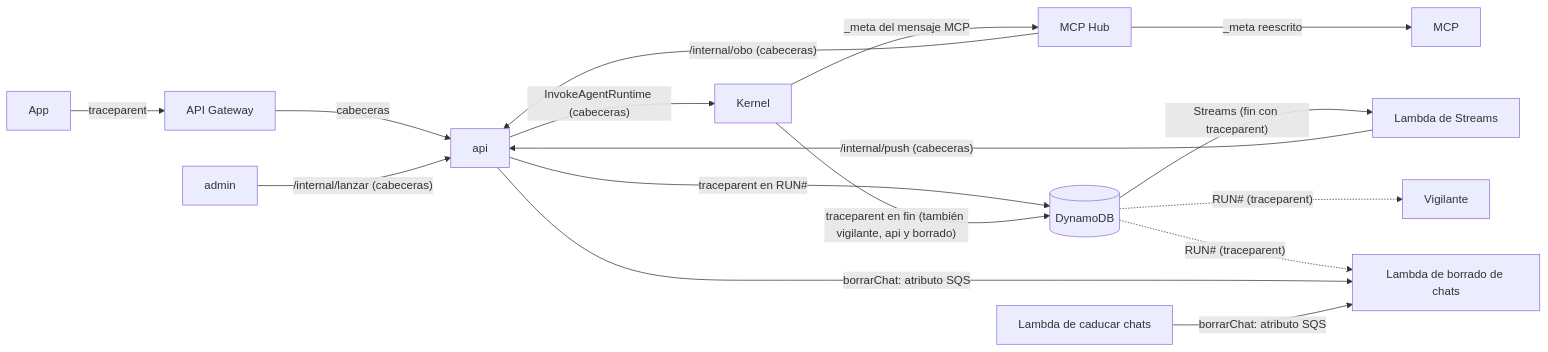
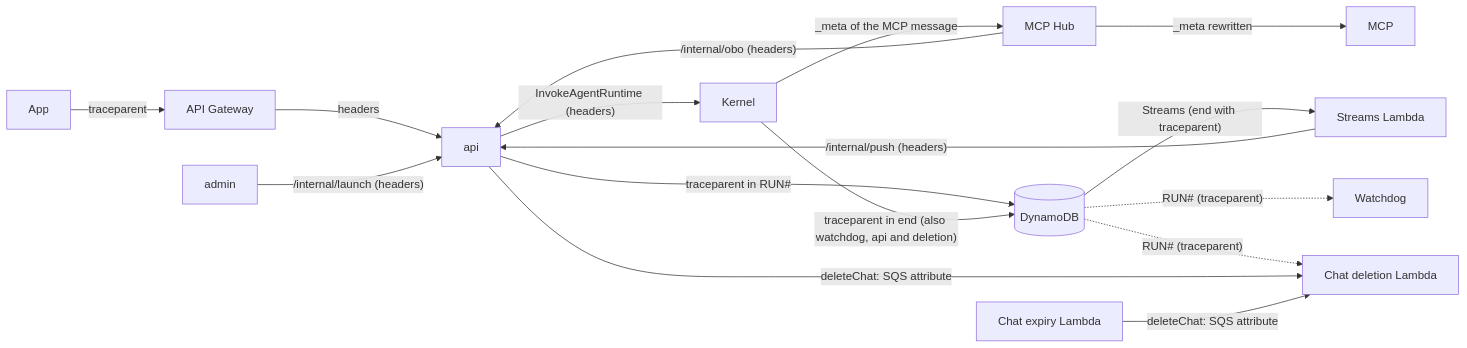
One commit to ikermendi/sample-agent-platform-with-agentcore changed the tenth of 10 diagrams in docs/arquitectura-agentes.md. Above: the diagram before and after it, drawn with Mermaid. The commit also changed other lines of this file and 21 other files, not shown here.

````diff
--- a/docs/arquitectura-agentes.md
+++ b/docs/arquitectura-agentes.md
@@ -1394,17 +1394,17 @@
 ```mermaid
 flowchart LR
   App -- "traceparent" --> GW[API Gateway]
-  GW -- cabeceras --> API[api]
-  API -- "InvokeAgentRuntime (cabeceras)" --> K[Kernel]
-  K -- "_meta del mensaje MCP" --> H[MCP Hub] -- "_meta reescrito" --> M[MCP]
-  API -- "traceparent en RUN#" --> D[(DynamoDB)]
-  K -- "traceparent en fin (también vigilante, api y borrado)" --> D
-  D -- "Streams (fin con traceparent)" --> S[Lambda de Streams]
-  S -- "/internal/push (cabeceras)" --> API
-  D -. "RUN# (traceparent)" .-> V[Vigilante]
+  GW -- headers --> API[api]
+  API -- "InvokeAgentRuntime (headers)" --> K[Kernel]
+  K -- "_meta of the MCP message" --> H[MCP Hub] -- "_meta rewritten" --> M[MCP]
+  API -- "traceparent in RUN#" --> D[(DynamoDB)]
+  K -- "traceparent in end (also watchdog, api and deletion)" --> D
+  D -- "Streams (end with traceparent)" --> S[Streams Lambda]
+  S -- "/internal/push (headers)" --> API
+  D -. "RUN# (traceparent)" .-> V[Watchdog]
   D -. "RUN# (traceparent)" .-> B
-  H -- "/internal/obo (cabeceras)" --> API
-  Adm[admin] -- "/internal/lanzar (cabeceras)" --> API
-  API -- "borrarChat: atributo SQS" --> B[Lambda de borrado de chats]
-  CC[Lambda de caducar chats] -- "borrarChat: atributo SQS" --> B
+  H -- "/internal/obo (headers)" --> API
+  Adm[admin] -- "/internal/launch (headers)" --> API
+  API -- "deleteChat: SQS attribute" --> B[Chat deletion Lambda]
+  CC[Chat expiry Lambda] -- "deleteChat: SQS attribute" --> B
 ```
````
